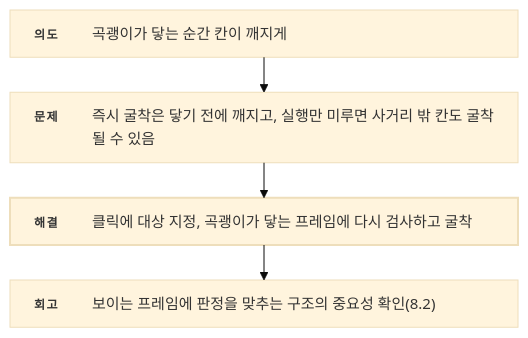
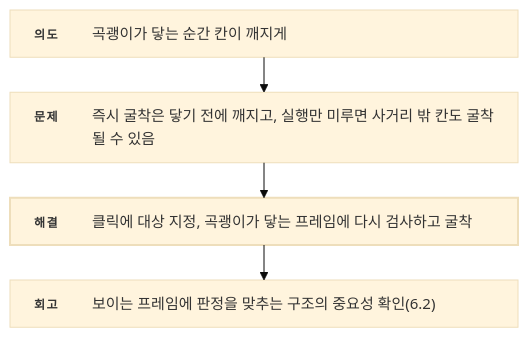
One commit to ashadeveloperr/ashadeveloperr.github.io changed the fifth of 8 diagrams in src/1-folk-sack/기술문서.md. Above: the diagram before and after it, drawn with Mermaid (base theme). The commit also changed other lines of this file and 8 other files, not shown here.

````diff
--- a/src/1-folk-sack/기술문서.md
+++ b/src/1-folk-sack/기술문서.md
@@ -107,18 +277,18 @@
 ```mermaid
 ---
 config:
   layout: elk
   flowchart:
     wrappingWidth: 520
     padding: 12
 ---
 flowchart TB
   %% feature-flow — _local/flow-diagrams.py가 만듦
   I["<div style='width:460px;display:flex;gap:14px;align-items:baseline;text-align:left;white-space:normal'><span style='flex:0 0 44px;padding-top:2px;font-size:12px;font-weight:700;letter-spacing:.12em;color:var(--accent-ink)'>의도</span><span style='flex:1;font-size:15px;line-height:1.55;color:var(--ink)'>곡괭이가 닿는 순간 칸이 깨지게</span></div>"]
   P["<div style='width:460px;display:flex;gap:14px;align-items:baseline;text-align:left;white-space:normal'><span style='flex:0 0 44px;padding-top:2px;font-size:12px;font-weight:700;letter-spacing:.12em;color:var(--accent-ink)'>문제</span><span style='flex:1;font-size:15px;line-height:1.55;color:var(--ink)'>즉시 굴착은 닿기 전에 깨지고, 실행만 미루면 사거리 밖 칸도 굴착될 수 있음</span></div>"]
   S["<div style='width:460px;display:flex;gap:14px;align-items:baseline;text-align:left;white-space:normal'><span style='flex:0 0 44px;padding-top:2px;font-size:12px;font-weight:700;letter-spacing:.12em;color:var(--accent-ink)'>해결</span><span style='flex:1;font-size:15px;line-height:1.55;color:var(--ink)'>클릭에 대상 지정, 곡괭이가 닿는 프레임에 다시 검사하고 굴착</span></div>"]
-  R["<div style='width:460px;display:flex;gap:14px;align-items:baseline;text-align:left;white-space:normal'><span style='flex:0 0 44px;padding-top:2px;font-size:12px;font-weight:700;letter-spacing:.12em;color:var(--accent-ink)'>회고</span><span style='flex:1;font-size:15px;line-height:1.55;color:var(--ink)'>보이는 프레임에 판정을 맞추는 구조의 중요성 확인(8.2)</span></div>"]
+  R["<div style='width:460px;display:flex;gap:14px;align-items:baseline;text-align:left;white-space:normal'><span style='flex:0 0 44px;padding-top:2px;font-size:12px;font-weight:700;letter-spacing:.12em;color:var(--accent-ink)'>회고</span><span style='flex:1;font-size:15px;line-height:1.55;color:var(--ink)'>보이는 프레임에 판정을 맞추는 구조의 중요성 확인(6.2)</span></div>"]
   I --> P --> S --> R
   classDef key stroke-width:2px
   class S key
 ```
````
